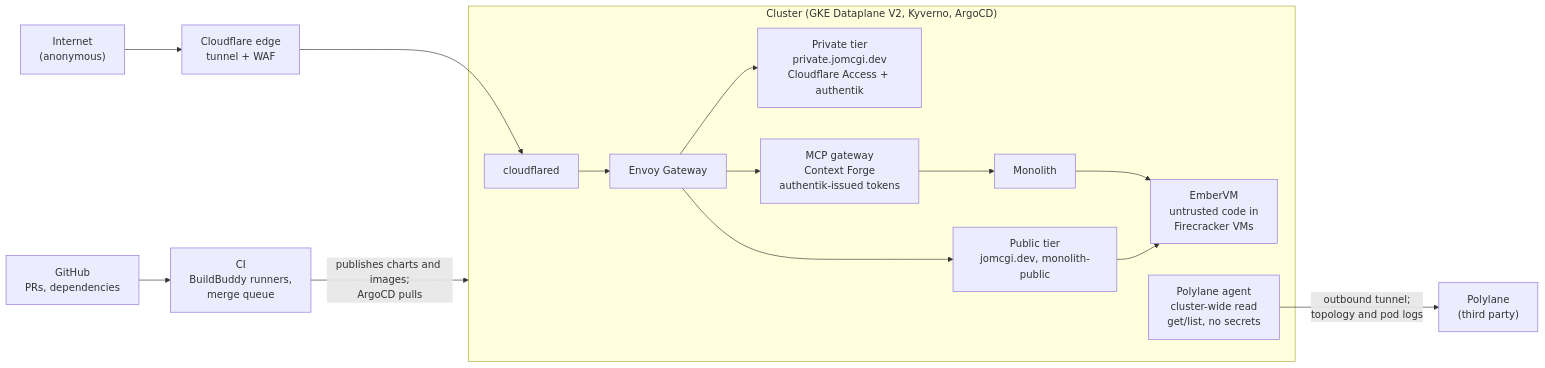
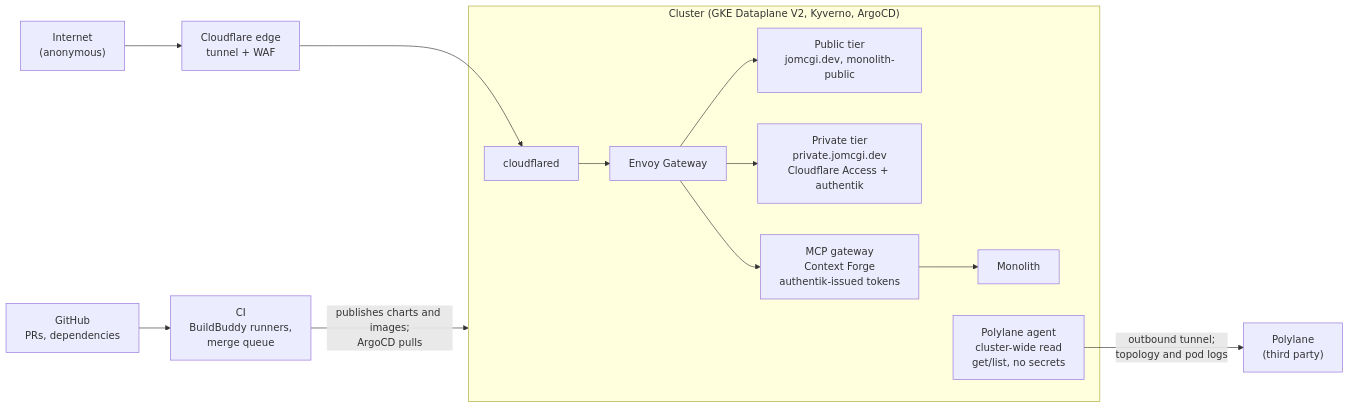
One commit to jomcgi-org/homelab changed the second of 2 diagrams in docs/THREAT-MODEL.md. Above: the diagram before and after it, drawn with Mermaid. The commit also changed other lines of this file and 5 other files, not shown here.

````diff
--- a/docs/THREAT-MODEL.md
+++ b/docs/THREAT-MODEL.md
@@ -85,18 +83,16 @@
 ```mermaid
 graph LR
     I["Internet<br/>(anonymous)"] --> CFE["Cloudflare edge<br/>tunnel + WAF"]
     GH["GitHub<br/>PRs, dependencies"] --> CI["CI<br/>BuildBuddy runners,<br/>merge queue"]
     CFE --> CFD
     CI -- "publishes charts and images;<br/>ArgoCD pulls" --> K8S
     subgraph K8S ["Cluster (GKE Dataplane V2, Kyverno, ArgoCD)"]
         CFD["cloudflared"] --> GW["Envoy Gateway"]
         GW --> PUB["Public tier<br/>jomcgi.dev, monolith-public"]
         GW --> PRIV["Private tier<br/>private.jomcgi.dev<br/>Cloudflare Access + authentik"]
         GW --> MCP["MCP gateway<br/>Context Forge<br/>authentik-issued tokens"]
         MCP --> MONO["Monolith"]
-        MONO --> EVM["EmberVM<br/>untrusted code in<br/>Firecracker VMs"]
-        PUB --> EVM
         POLY["Polylane agent<br/>cluster-wide read<br/>get/list, no secrets"]
     end
     POLY -- "outbound tunnel;<br/>topology and pod logs" --> PL["Polylane<br/>(third party)"]
 ```
````
